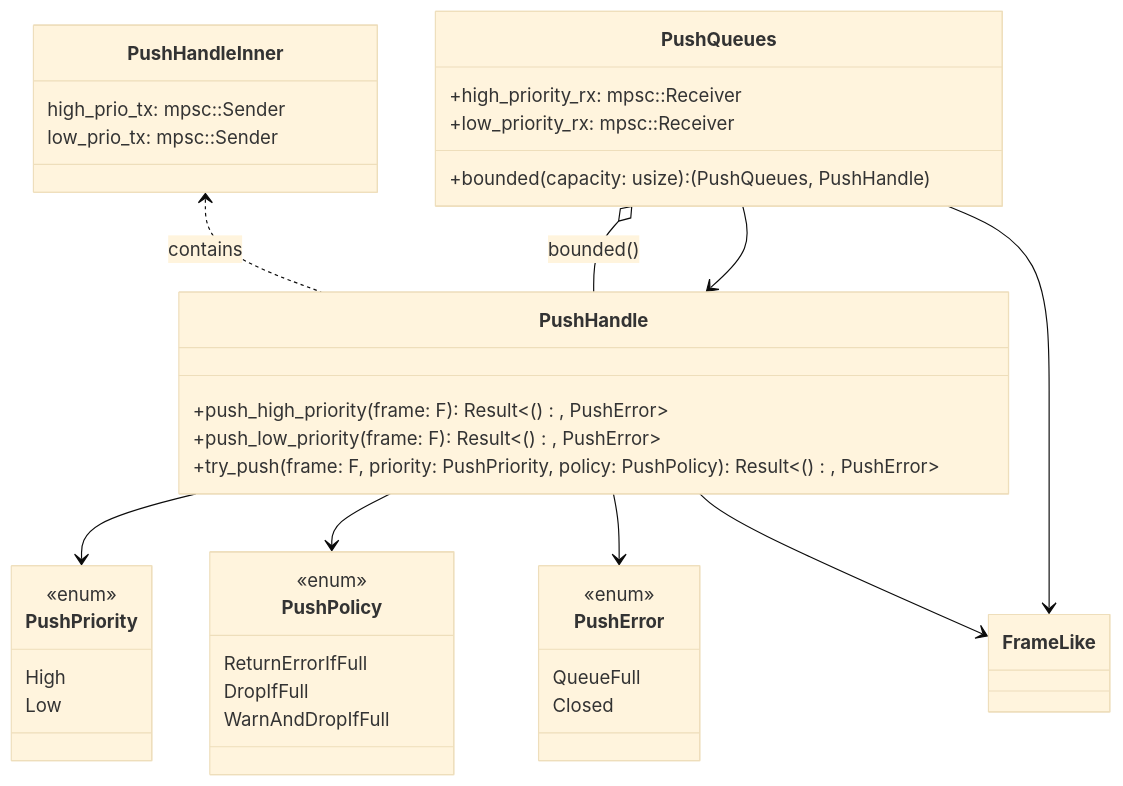
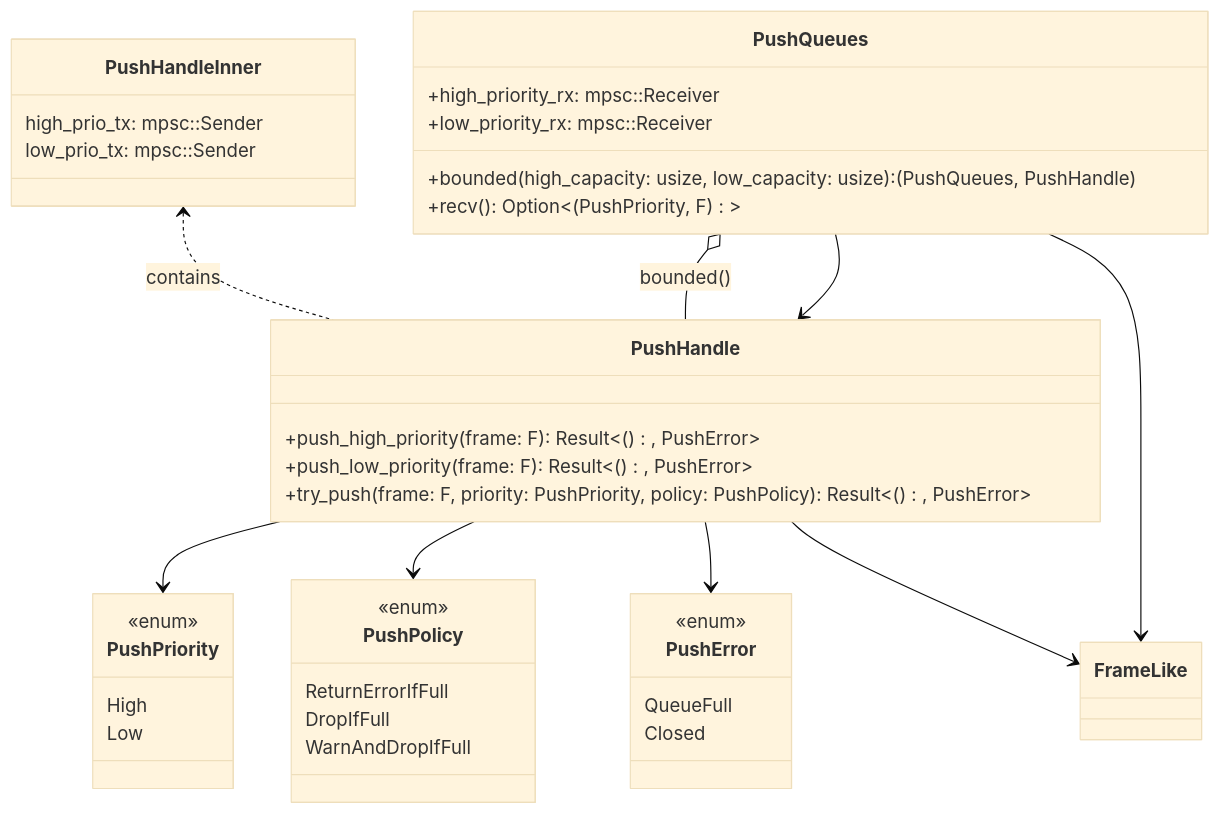
One commit to leynos/wireframe changed the first of 2 diagrams in docs/asynchronous-outbound-messaging-design.md. Above: the diagram before and after it, drawn with Mermaid (base theme). The commit also changed other lines of this file and 2 other files, not shown here.

````diff
--- a/docs/asynchronous-outbound-messaging-design.md
+++ b/docs/asynchronous-outbound-messaging-design.md
@@ -129,44 +161,45 @@
 ```mermaid
 classDiagram
     class FrameLike {
     }
     class PushPriority {
         <<enum>>
         High
         Low
     }
     class PushPolicy {
         <<enum>>
         ReturnErrorIfFull
         DropIfFull
         WarnAndDropIfFull
     }
     class PushError {
         <<enum>>
         QueueFull
         Closed
     }
     class PushHandleInner {
         high_prio_tx: mpsc::Sender<F>
         low_prio_tx: mpsc::Sender<F>
     }
     class PushHandle {
         +push_high_priority(frame: F): Result<(), PushError>
         +push_low_priority(frame: F): Result<(), PushError>
         +try_push(frame: F, priority: PushPriority, policy: PushPolicy): Result<(), PushError>
     }
     class PushQueues {
         +high_priority_rx: mpsc::Receiver<F>
         +low_priority_rx: mpsc::Receiver<F>
-        +bounded(capacity: usize): (PushQueues, PushHandle)
+        +bounded(high_capacity: usize, low_capacity: usize): (PushQueues, PushHandle)
+        +recv(): Option<(PushPriority, F)>
     }
 
     PushHandleInner <.. PushHandle : contains
     PushQueues o-- PushHandle : bounded()
     PushHandle --> PushPriority
     PushHandle --> PushPolicy
     PushHandle --> PushError
     PushQueues --> PushHandle
     PushQueues --> FrameLike
     PushHandle --> FrameLike
 ```
````
